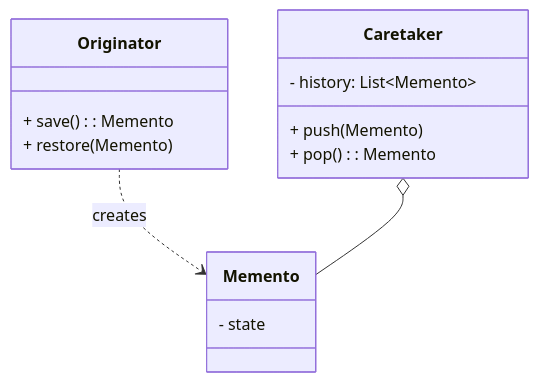
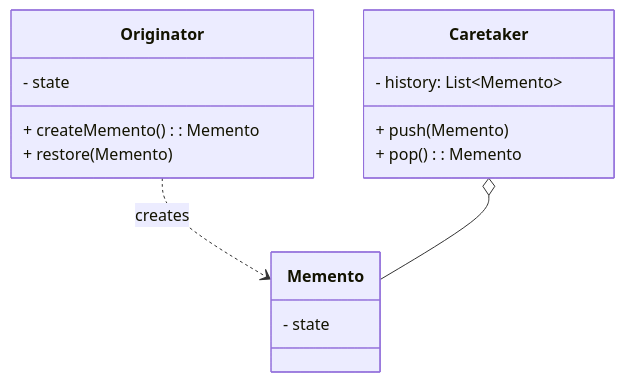
The diagram in 设计模式/行为型/备忘录模式.md (tghrxxxyyy/knowledge-base), drawn with Mermaid before and after one commit. The commit also changed other lines of this file and 44 other files, not shown here.

````diff
--- a/设计模式/行为型/备忘录模式.md
+++ b/设计模式/行为型/备忘录模式.md
@@ -13,17 +34,18 @@
 ```mermaid
 classDiagram
     class Originator {
-        + save(): Memento
+        - state
+        + createMemento(): Memento
         + restore(Memento)
     }
     class Memento {
         - state
     }
     class Caretaker {
         - history: List~Memento~
         + push(Memento)
         + pop(): Memento
     }
     Originator ..> Memento : creates
     Caretaker o-- Memento
 ```
````
